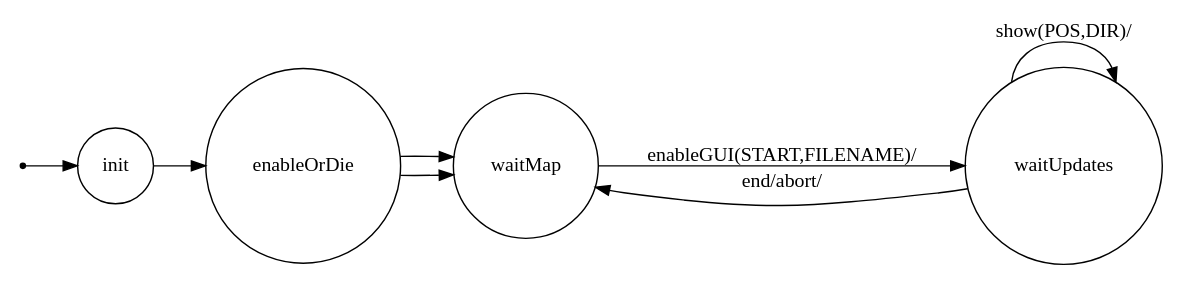
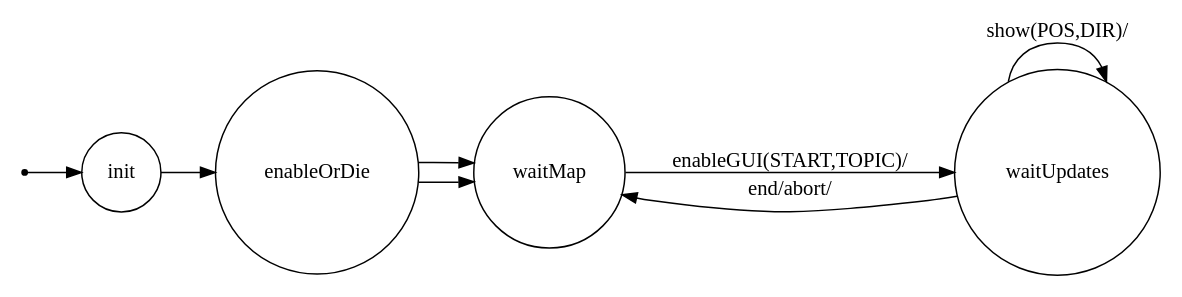
One commit to dariopasquali/IOT_Planning changed the diagram in SCOUT_PROJECT/mqttRefactoring/it.unibo.iot.pasquali.scout.Robot/srcMore/it/unibo/guimanager/dotFsm.gv. Above: the diagram before and after it, drawn with Graphviz. The commit also changed 1629 other files, not shown here.

```diff
--- a/SCOUT_PROJECT/mqttRefactoring/it.unibo.iot.pasquali.scout.Robot/srcMore/it/unibo/guimanager/dotFsm.gv
+++ b/SCOUT_PROJECT/mqttRefactoring/it.unibo.iot.pasquali.scout.Robot/srcMore/it/unibo/guimanager/dotFsm.gv
@@ -1,28 +1,28 @@
 /*
 *
 * A GraphViz DOT FSM description 
 * Please use a GraphViz visualizer (like http://www.webgraphviz.com)
 * 
 * Generated by AM,NC,RM
 *  
 */
  
 digraph finite_state_machine {
   	rankdir=LR;
   	size="8,5"
   	node [shape = point]; iniziale;
   	node [shape = doublecircle]; 
   	node [shape = circle];
   	iniziale -> init [label = ""];
   	
   	
   	init -> enableOrDie [ label = ""];
   	
   	enableOrDie -> waitMap [ label = ""];
   	enableOrDie -> waitMap [ label = ""];
   	
-  	waitMap -> waitUpdates [ label = "enableGUI(START,FILENAME)/"];
+  	waitMap -> waitUpdates [ label = "enableGUI(START,TOPIC)/"];
   	
   	waitUpdates -> waitUpdates [ label = "show(POS,DIR)/"];
   	waitUpdates -> waitMap [ label = "end/abort/"];
 }
```
